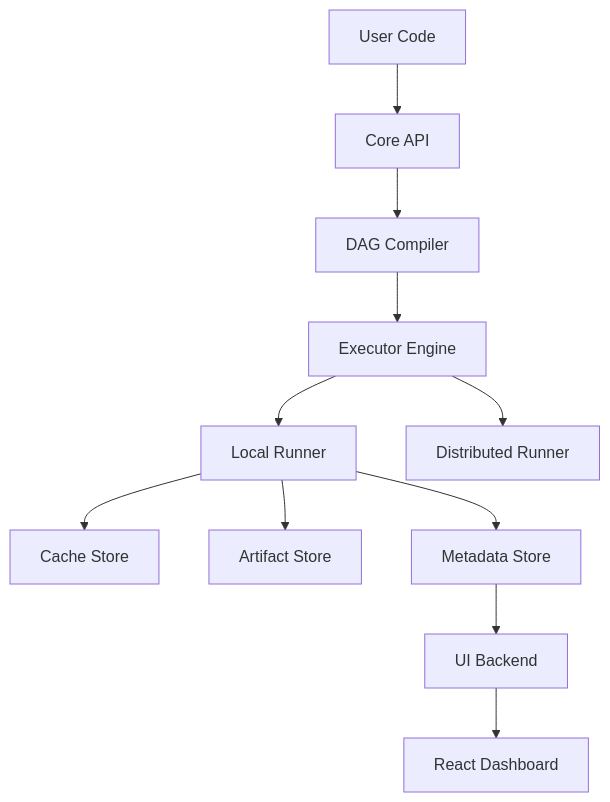
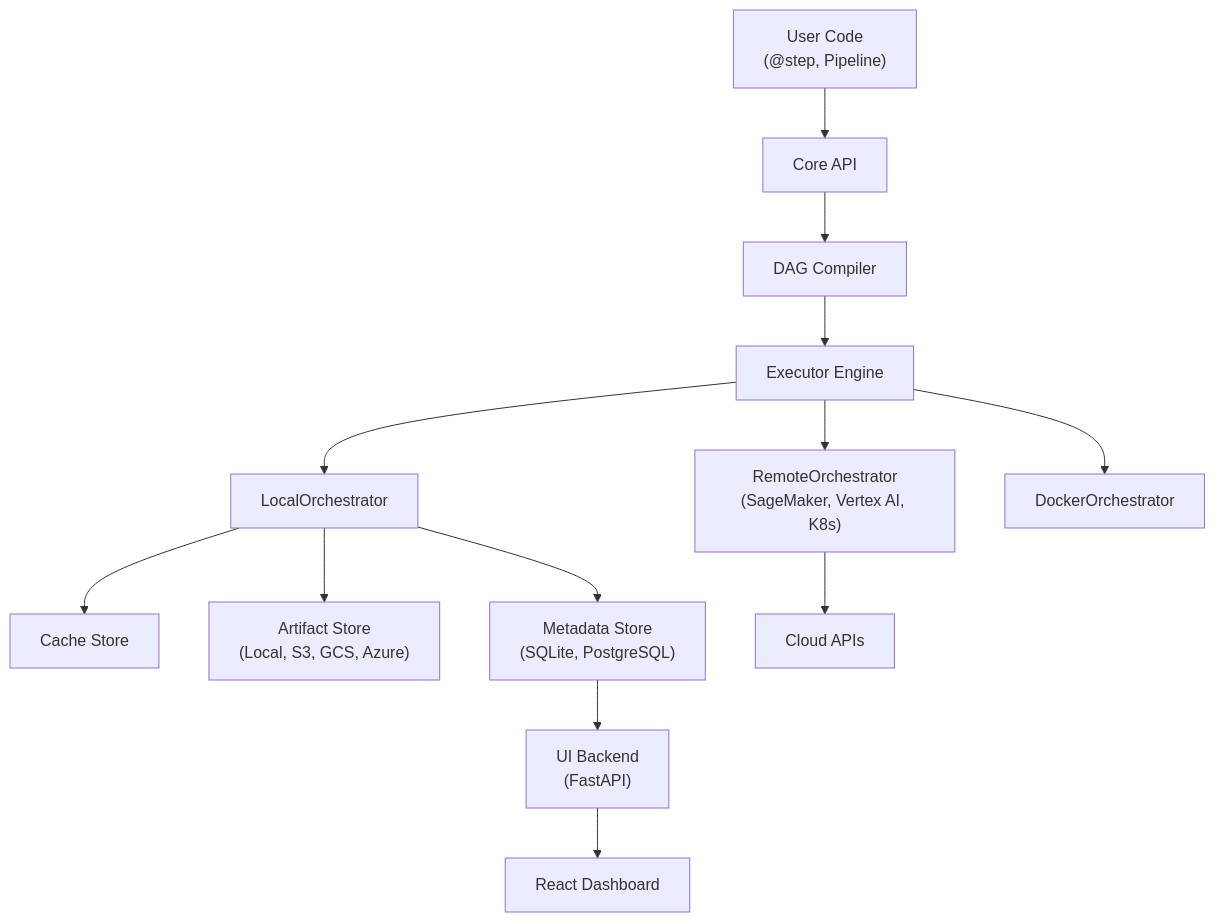
Before and after one commit to UnicoLab/FlowyML: the first of 2 diagrams in docs/architecture.md, drawn with Mermaid. The commit also changed other lines of this file and 128 other files, not shown here.

````diff
--- a/docs/architecture.md
+++ b/docs/architecture.md
@@ -7,16 +12,19 @@
 ```mermaid
 graph TD
-    User[User Code] --> API[Core API]
-    API --> Compiler[DAG Compiler]
-    Compiler --> Executor[Executor Engine]
+    User["User Code<br/>(@step, Pipeline)"] --> API["Core API"]
+    API --> Compiler["DAG Compiler"]
+    Compiler --> Executor["Executor Engine"]
 
-    Executor --> Local[Local Runner]
-    Executor --> Dist[Distributed Runner]
+    Executor --> Local["LocalOrchestrator"]
+    Executor --> Remote["RemoteOrchestrator<br/>(SageMaker, Vertex AI, K8s)"]
+    Executor --> Docker["DockerOrchestrator"]
 
-    Local --> Cache[Cache Store]
-    Local --> Artifacts[Artifact Store]
-    Local --> Metadata[Metadata Store]
+    Local --> Cache["Cache Store"]
+    Local --> Artifacts["Artifact Store<br/>(Local, S3, GCS, Azure)"]
+    Local --> Metadata["Metadata Store<br/>(SQLite, PostgreSQL)"]
 
-    Metadata --> UI[UI Backend]
-    UI --> Frontend[React Dashboard]
+    Metadata --> UIBackend["UI Backend<br/>(FastAPI)"]
+    UIBackend --> Frontend["React Dashboard"]
+
+    Remote --> CloudAPI["Cloud APIs"]
 ```
````
